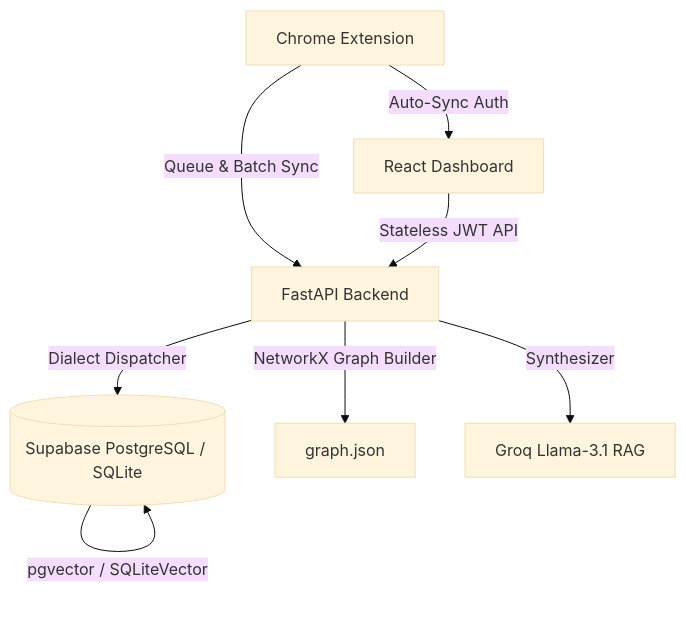
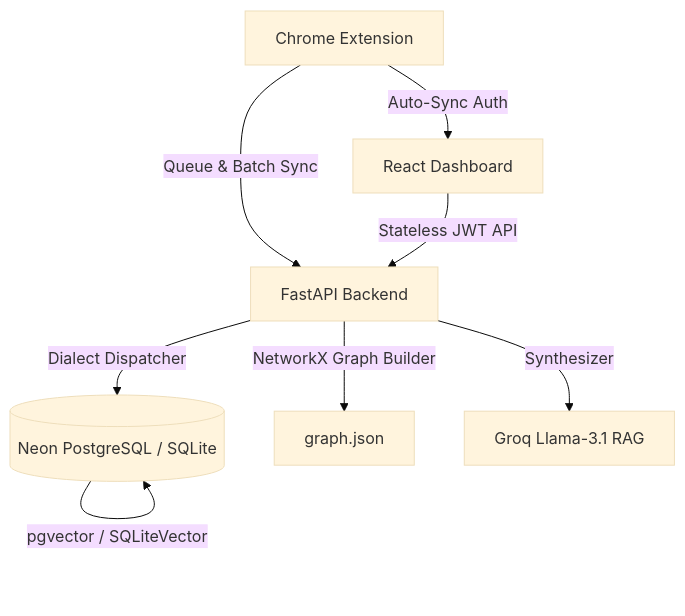
One commit to Rishabhmk25/chronicleos changed the diagram in README.md. Above: the diagram before and after it, drawn with Mermaid (base theme). The commit also changed other lines of this file and 2 other files, not shown here.

````diff
--- a/README.md
+++ b/README.md
@@ -9,10 +9,10 @@
 ```mermaid
 graph TD
     Ext[Chrome Extension] -->|Queue & Batch Sync| API[FastAPI Backend]
-    API -->|Dialect Dispatcher| DB[(Supabase PostgreSQL / SQLite)]
+    API -->|Dialect Dispatcher| DB[(Neon PostgreSQL / SQLite)]
     DB -->|pgvector / SQLiteVector| DB
     API -->|NetworkX Graph Builder| Graph[graph.json]
     API -->|Synthesizer| LLM[Groq Llama-3.1 RAG]
     Dashboard[React Dashboard] -->|Stateless JWT API| API
     Ext -->|Auto-Sync Auth| Dashboard
 ```
````
